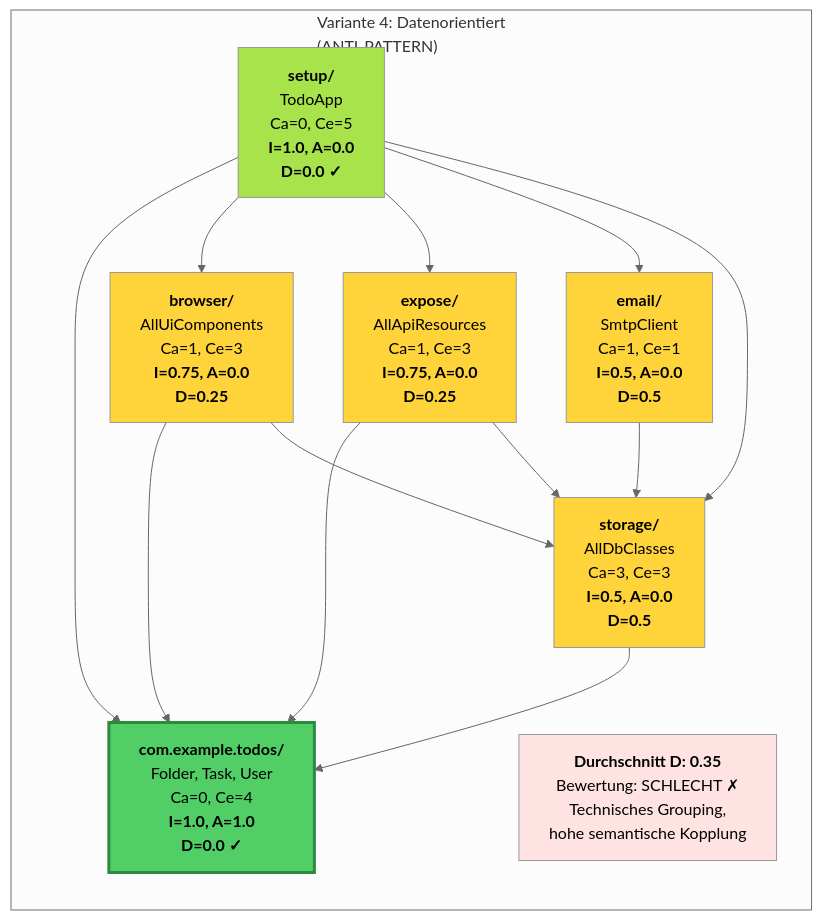
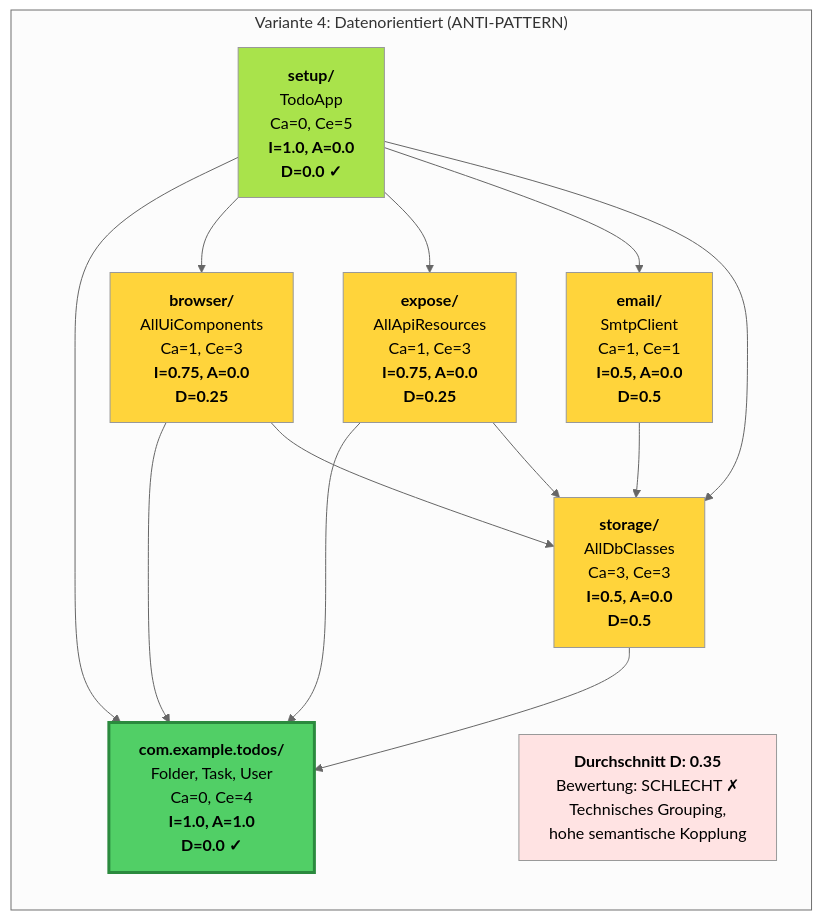
Before and after one commit to andreas-wagner-dev/object-oriented-learning-journey: the fourth of 16 diagrams in blog/002_packaging_like_a_pro.md, drawn with Mermaid (neutral theme). The commit also changed other lines of this file, not shown here.

````diff
--- a/blog/002_packaging_like_a_pro.md
+++ b/blog/002_packaging_like_a_pro.md
@@ -483,41 +483,41 @@
 ```mermaid
 graph TB
-    subgraph "Variante 4: Datenorientiert<br/>(ANTI-PATTERN)"
+    subgraph "Variante 4: Datenorientiert (ANTI-PATTERN)"
         direction TB
         
         V4_ROOT["<b>com.example.todos/</b><br/>Folder, Task, User<br/>Ca=0, Ce=4<br/><b>I=1.0, A=1.0</b><br/><b>D=0.0 ✓</b>"]
         
         V4_BROWSER["<b>browser/</b><br/>AllUiComponents<br/>Ca=1, Ce=3<br/><b>I=0.75, A=0.0</b><br/><b>D=0.25</b>"]
         
         V4_EXPOSE["<b>expose/</b><br/>AllApiResources<br/>Ca=1, Ce=3<br/><b>I=0.75, A=0.0</b><br/><b>D=0.25</b>"]
         
         V4_EMAIL["<b>email/</b><br/>SmtpClient<br/>Ca=1, Ce=1<br/><b>I=0.5, A=0.0</b><br/><b>D=0.5</b>"]
         
         V4_STORAGE["<b>storage/</b><br/>AllDbClasses<br/>Ca=3, Ce=3<br/><b>I=0.5, A=0.0</b><br/><b>D=0.5</b>"]
         
         V4_SETUP["<b>setup/</b><br/>TodoApp<br/>Ca=0, Ce=5<br/><b>I=1.0, A=0.0</b><br/><b>D=0.0 ✓</b>"]
         
         V4_SETUP --> V4_ROOT
         V4_SETUP --> V4_BROWSER
         V4_SETUP --> V4_EXPOSE
         V4_SETUP --> V4_EMAIL
         V4_SETUP --> V4_STORAGE
         
         V4_BROWSER --> V4_ROOT
         V4_BROWSER --> V4_STORAGE
         V4_EXPOSE --> V4_ROOT
         V4_EXPOSE --> V4_STORAGE
         V4_EMAIL --> V4_STORAGE
         V4_STORAGE --> V4_ROOT
         
         style V4_ROOT fill:#51cf66,stroke:#2b8a3e,stroke-width:3px,color:#000
         style V4_BROWSER fill:#ffd43b,color:#000
         style V4_EXPOSE fill:#ffd43b,color:#000
         style V4_EMAIL fill:#ffd43b,color:#000
         style V4_STORAGE fill:#ffd43b,color:#000
         style V4_SETUP fill:#a9e34b,color:#000
         
         V4_RESULT["<b>Durchschnitt D: 0.35</b><br/>Bewertung: SCHLECHT ✗<br/>Technisches Grouping,<br/>hohe semantische Kopplung"]
         style V4_RESULT fill:#ffe3e3,color:#000
     end
 ```
````
